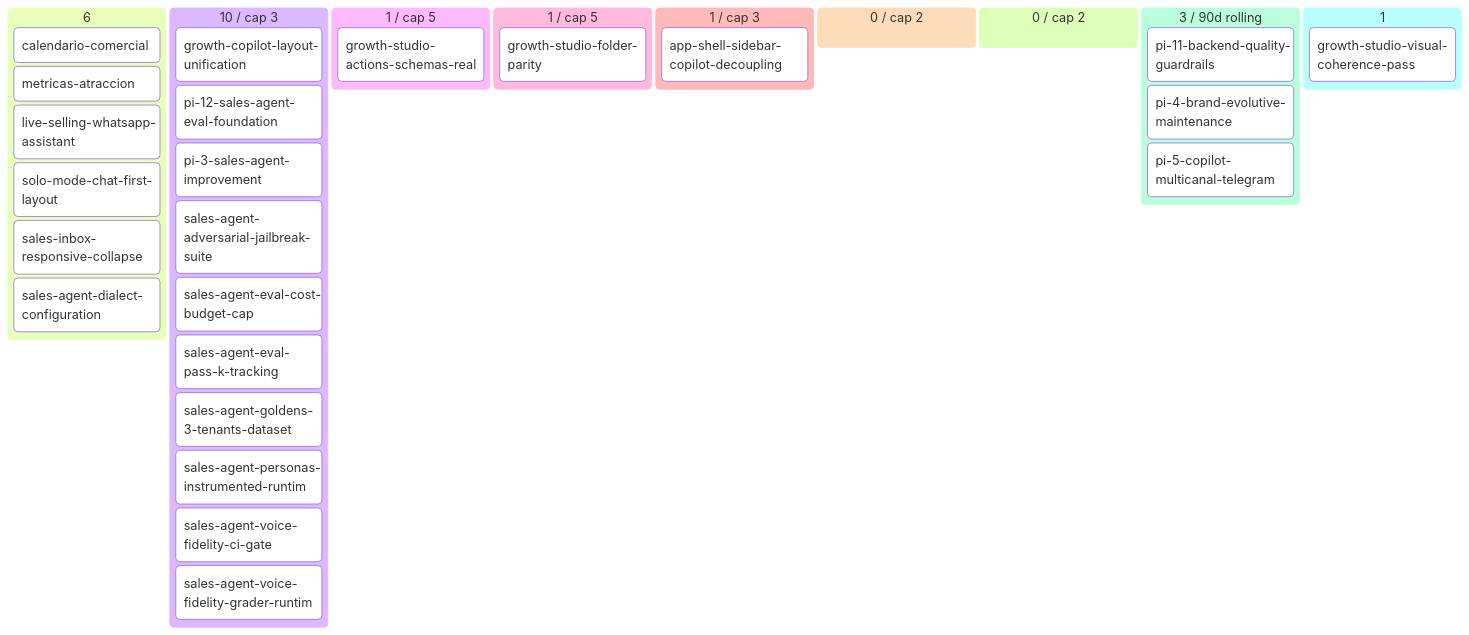
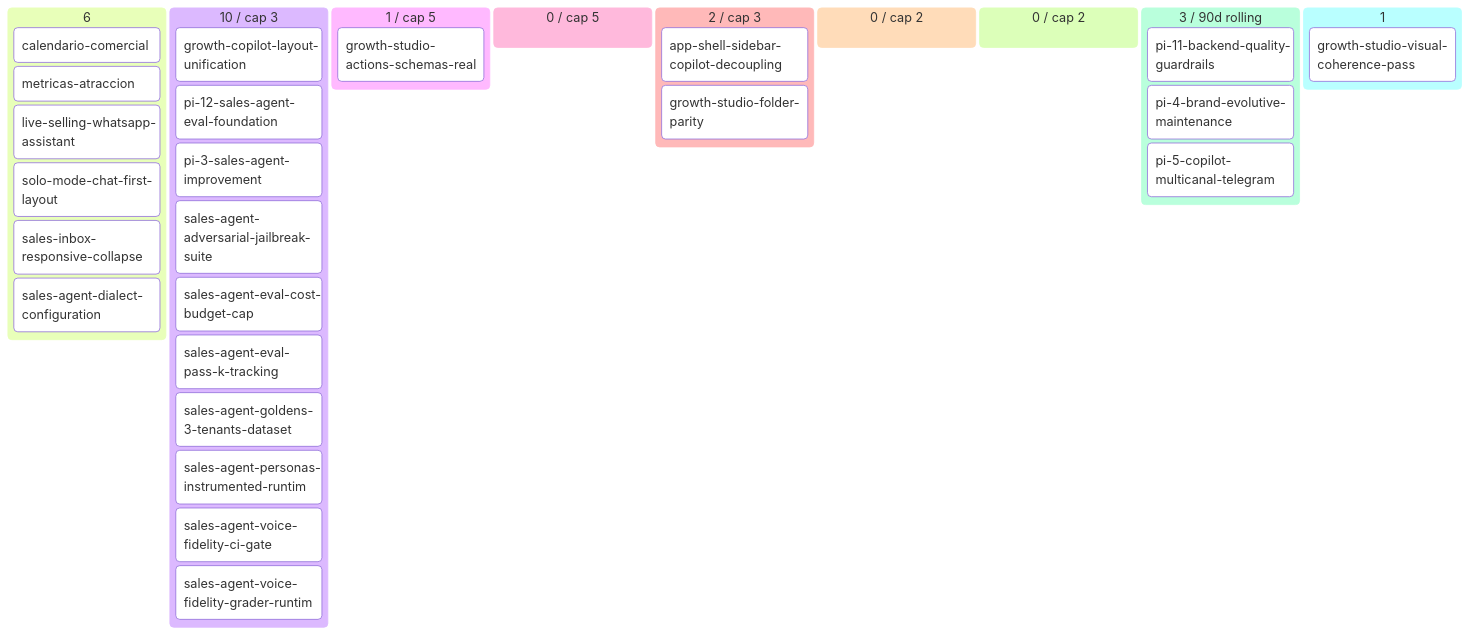
Before and after one commit to alpacapurpura/ap_sales_agent: the diagram in docs/product/BACKLOG.md, drawn with Mermaid. The commit also changed other lines of this file and 17 other files, not shown here.

First line of the commit message:
feat(eval-simulator): T-4 Pydantic state machines + termination registry + schema migrations

````diff
--- a/docs/product/BACKLOG.md
+++ b/docs/product/BACKLOG.md
@@ -58,35 +59,35 @@
 ```mermaid
 kanban
   💡 Ideas (6)
     calendario-comercial[calendario-comercial]
     metricas-atraccion[metricas-atraccion]
     live-selling-whatsapp-assistan[live-selling-whatsapp-assistant]
     solo-mode-chat-first-layout[solo-mode-chat-first-layout]
     sales-inbox-responsive-collaps[sales-inbox-responsive-collapse]
     sales-agent-dialect-configurat[sales-agent-dialect-configuration]
   🔬 Refining (10 / cap 3)
     growth-copilot-layout-unificat[growth-copilot-layout-unification]
     pi-12-sales-agent-eval-foundat[pi-12-sales-agent-eval-foundation]
     pi-3-sales-agent-improvement[pi-3-sales-agent-improvement]
     sales-agent-adversarial-jailbr[sales-agent-adversarial-jailbreak-suite]
     sales-agent-eval-cost-budget-c[sales-agent-eval-cost-budget-cap]
     sales-agent-eval-pass-k-tracki[sales-agent-eval-pass-k-tracking]
     sales-agent-goldens-3-tenants-[sales-agent-goldens-3-tenants-dataset]
     sales-agent-personas-instrumen[sales-agent-personas-instrumented-runtim]
     sales-agent-voice-fidelity-ci-[sales-agent-voice-fidelity-ci-gate]
     sales-agent-voice-fidelity-gra[sales-agent-voice-fidelity-grader-runtim]
   ✅ Refined (1 / cap 5)
     growth-studio-actions-schemas-[growth-studio-actions-schemas-real]
-  📦 Ready (1 / cap 5)
+  📦 Ready (0 / cap 5)
+  🔨 Developing (2 / cap 3)
+    app-shell-sidebar-copilot-deco[app-shell-sidebar-copilot-decoupling]
     growth-studio-folder-parity[growth-studio-folder-parity]
-  🔨 Developing (1 / cap 3)
-    app-shell-sidebar-copilot-deco[app-shell-sidebar-copilot-decoupling]
   🧪 Developed (0 / cap 2)
   🔍 Reviewing (0 / cap 2)
   ✅ Done (3 / 90d rolling)
     pi-11-backend-quality-guardrai[pi-11-backend-quality-guardrails]
     pi-4-brand-evolutive-maintenan[pi-4-brand-evolutive-maintenance]
     pi-5-copilot-multicanal-telegr[pi-5-copilot-multicanal-telegram]
   🅿 Parked (1)
     growth-studio-visual-coherence[growth-studio-visual-coherence-pass]
 ```
````
